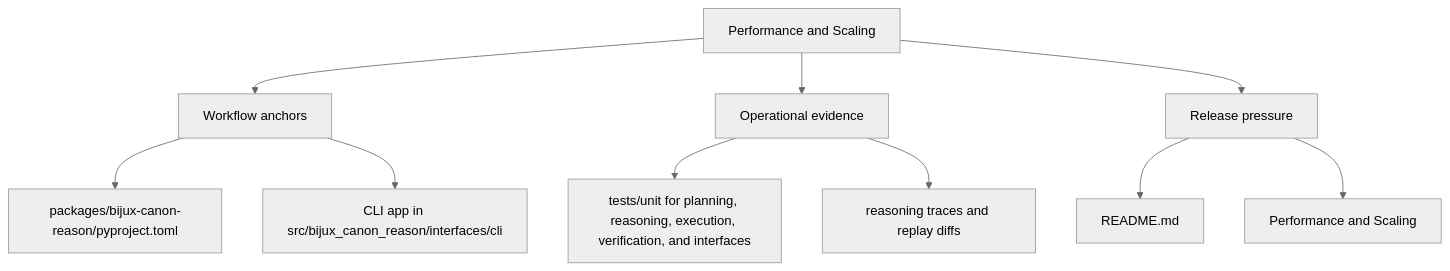
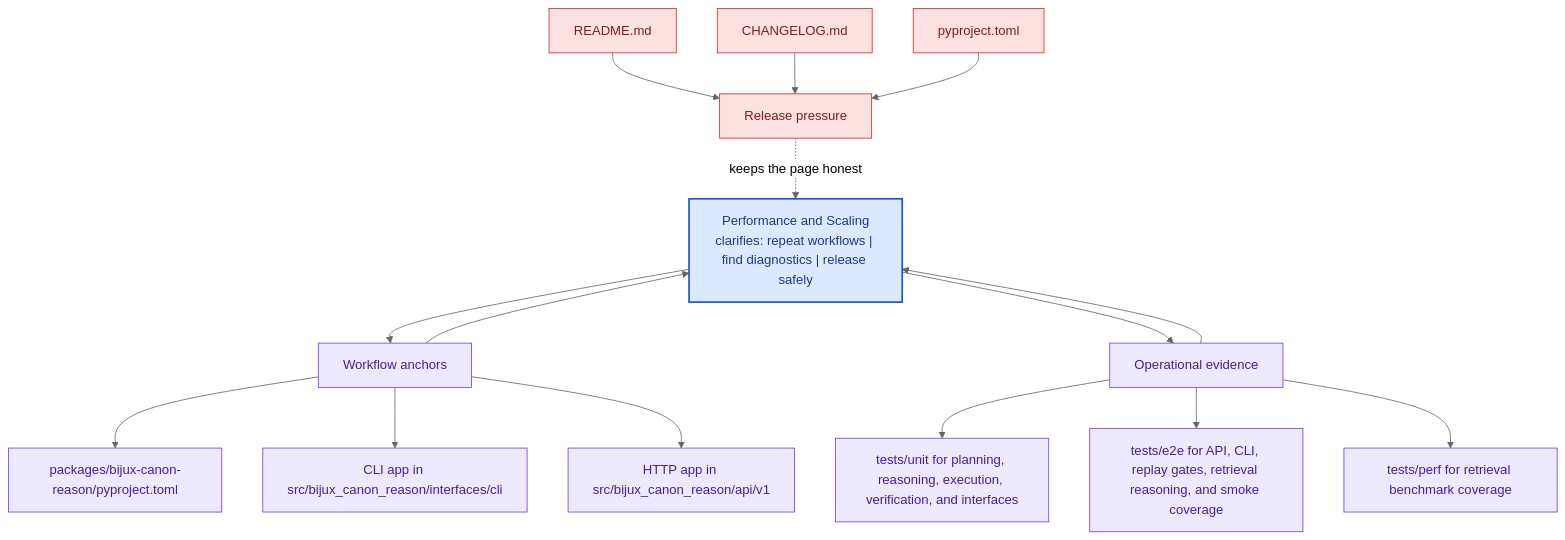
The second of 2 diagrams in docs/bijux-canon-reason/operations/performance-and-scaling.md (bijux/bijux-canon), drawn with Mermaid (neutral theme) before and after one commit. The commit also changed other lines of this file and 281 other files, not shown here.

Commit message:
docs(diagrams): deepen handbook mermaid maps across the catalog

````diff
--- a/docs/bijux-canon-reason/operations/performance-and-scaling.md
+++ b/docs/bijux-canon-reason/operations/performance-and-scaling.md
@@ -34,22 +67,41 @@
 ```mermaid
-flowchart TD
-    page["Performance and Scaling"]
+flowchart TB
+    promise["Performance and Scaling<br/>clarifies: repeat workflows | find diagnostics | release safely"]
+    classDef promise fill:#dbeafe,stroke:#1d4ed8,color:#1e3a8a,stroke-width:2px;
+    classDef driver fill:#dcfce7,stroke:#16a34a,color:#14532d;
+    classDef constraint fill:#fee2e2,stroke:#dc2626,color:#7f1d1d;
+    classDef ground fill:#ede9fe,stroke:#7c3aed,color:#4c1d95;
     focus1["Workflow anchors"]
-    page --> focus1
+    focus1 --> promise
+    promise --> focus1
     focus1_1["packages/bijux-canon-reason/pyproject.toml"]
     focus1 --> focus1_1
     focus1_2["CLI app in src/bijux_canon_reason/interfaces/cli"]
     focus1 --> focus1_2
+    focus1_3["HTTP app in src/bijux_canon_reason/api/v1"]
+    focus1 --> focus1_3
+    class focus1 ground;
+    class focus1_1,focus1_2,focus1_3 ground;
     focus2["Operational evidence"]
-    page --> focus2
+    focus2 --> promise
+    promise --> focus2
     focus2_1["tests/unit for planning, reasoning, execution, verification, and interfaces"]
     focus2 --> focus2_1
-    focus2_2["reasoning traces and replay diffs"]
+    focus2_2["tests/e2e for API, CLI, replay gates, retrieval reasoning, and smoke coverage"]
     focus2 --> focus2_2
+    focus2_3["tests/perf for retrieval benchmark coverage"]
+    focus2 --> focus2_3
+    class focus2 ground;
+    class focus2_1,focus2_2,focus2_3 ground;
     focus3["Release pressure"]
-    page --> focus3
+    focus3 -.keeps the page honest.-> promise
     focus3_1["README.md"]
-    focus3 --> focus3_1
-    focus3_2["Performance and Scaling"]
-    focus3 --> focus3_2
+    focus3_1 --> focus3
+    focus3_2["CHANGELOG.md"]
+    focus3_2 --> focus3
+    focus3_3["pyproject.toml"]
+    focus3_3 --> focus3
+    class focus3 constraint;
+    class focus3_1,focus3_2,focus3_3 constraint;
+    class promise promise;
 ```
````
